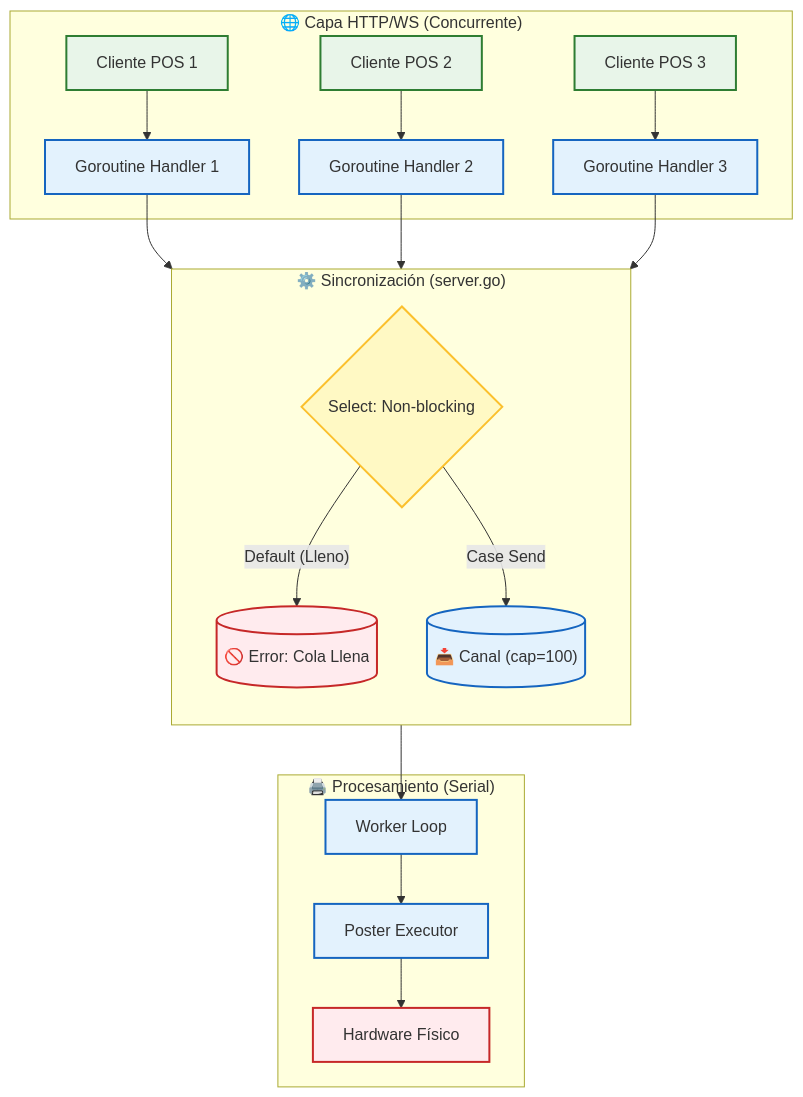
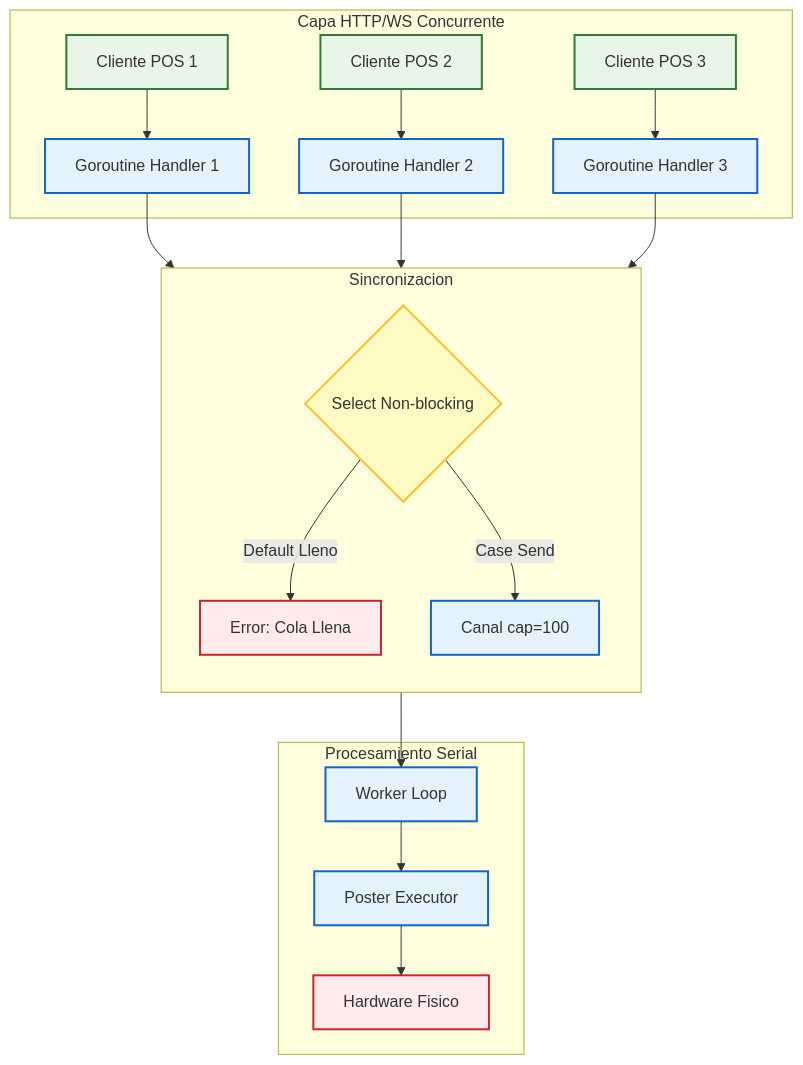
The second of 3 diagrams in README.md (adcondev/ticket-daemon), drawn with Mermaid before and after one commit. The commit also changed other lines of this file and 5 other files, not shown here.

````diff
--- a/README.md
+++ b/README.md
@@ -66,27 +63,25 @@
 ```mermaid
 graph TB
-%% Estilos
     classDef client fill: #e8f5e9, stroke: #2e7d32, stroke-width: 2px;
     classDef logic fill: #fff9c4, stroke: #fbc02d, stroke-width: 2px;
     classDef crit fill: #ffebee, stroke: #c62828, stroke-width: 2px;
     classDef core fill: #e3f2fd, stroke: #1565c0, stroke-width: 2px;
-    subgraph Clients["🌐 Capa HTTP/WS (Concurrente)"]
+    subgraph Clients["Capa HTTP/WS Concurrente"]
         C1[Cliente POS 1]:::client --> H1[Goroutine Handler 1]:::core
         C2[Cliente POS 2]:::client --> H2[Goroutine Handler 2]:::core
         C3[Cliente POS 3]:::client --> H3[Goroutine Handler 3]:::core
     end
 
-    subgraph Sync["⚙️ Sincronización (server.go)"]
+    subgraph Sync["Sincronizacion"]
         direction TB
-        H1 & H2 & H3 --> Select{Select: Non-blocking}:::logic
-        Select -- " Default (Lleno) " --> Overflow[("🚫 Error: Cola Llena")]:::crit
-        Select -- " Case Send " --> Channel[("📥 Canal (cap=100)")]:::core
+        H1 & H2 & H3 --> Select{Select Non-blocking}:::logic
+        Select -- " Default Lleno " --> Overflow[Error: Cola Llena]:::crit
+        Select -- " Case Send " --> Channel[Canal cap=100]:::core
     end
 
-    subgraph Process["🖨️ Procesamiento (Serial)"]
+    subgraph Process["Procesamiento Serial"]
         Channel --> WLoop[Worker Loop]:::core
         WLoop --> Mutex[Poster Executor]:::core
-        Mutex --> Hardware[Hardware Físico]:::crit
+        Mutex --> Hardware[Hardware Fisico]:::crit
     end
-
 ```
````
